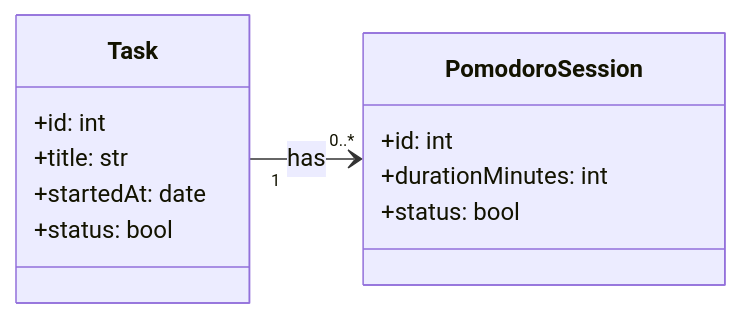
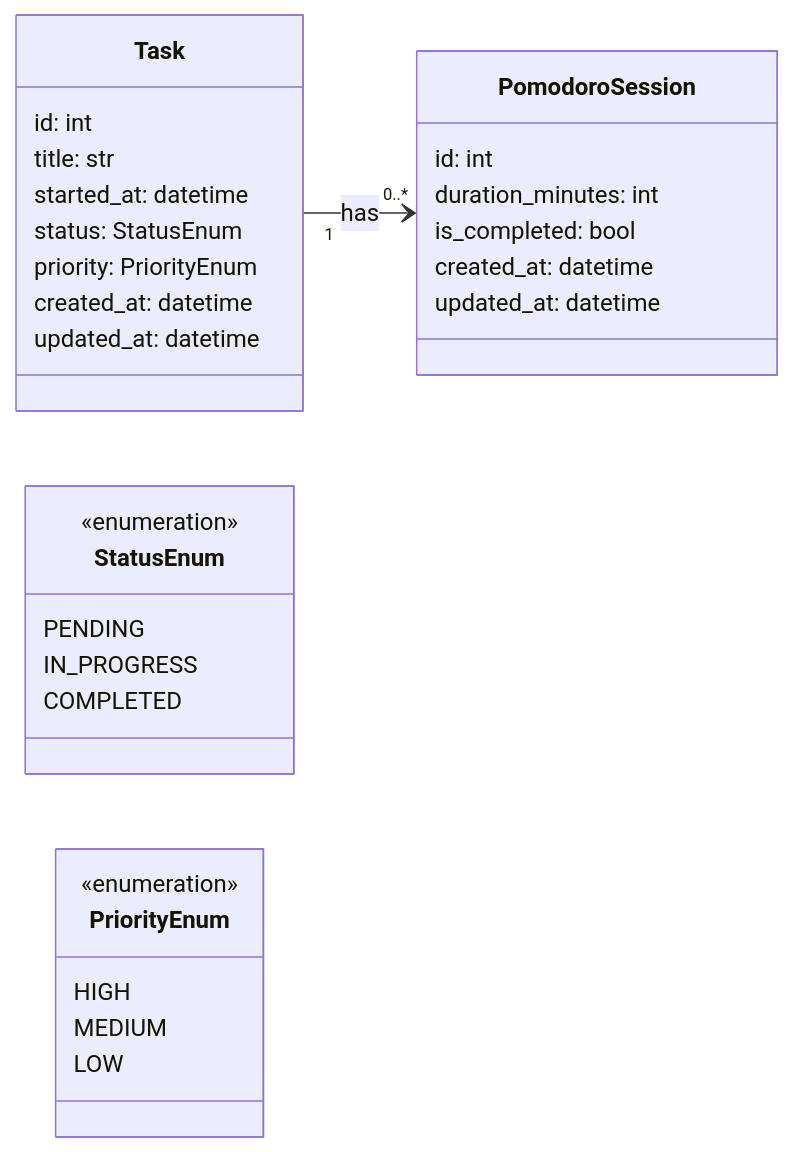
Before and after one commit to rubensrabelo/pomodoro-planner: the diagram in docs/diagrams/class_diagram.md, drawn with Mermaid.

Commit message:
docs(class_diagram): Improve the diagram by adding enums and attributes

````diff
--- a/docs/diagrams/class_diagram.md
+++ b/docs/diagrams/class_diagram.md
@@ -3,19 +3,39 @@
 ```mermaid
 classDiagram
     direction LR
 
     class Task {
-        +id: int
-        +title: str
-        +startedAt: date
-        +status: bool
+        id: int
+        title: str
+        started_at: datetime
+        status: StatusEnum
+        priority: PriorityEnum
+        created_at: datetime
+        updated_at: datetime
     }
 
     class PomodoroSession {
-        +id: int
-        +durationMinutes: int
-        +status: bool
+        id: int
+        duration_minutes: int
+        is_completed: bool
+        created_at: datetime
+        updated_at: datetime
+    }
+
+    class StatusEnum {
+        <<enumeration>>
+        PENDING
+        IN_PROGRESS
+        COMPLETED
+    }
+
+    class PriorityEnum {
+        <<enumeration>>
+        HIGH
+        MEDIUM
+        LOW
     }
 
     Task "1" --> "0..*" PomodoroSession : has
+
 ```
````
